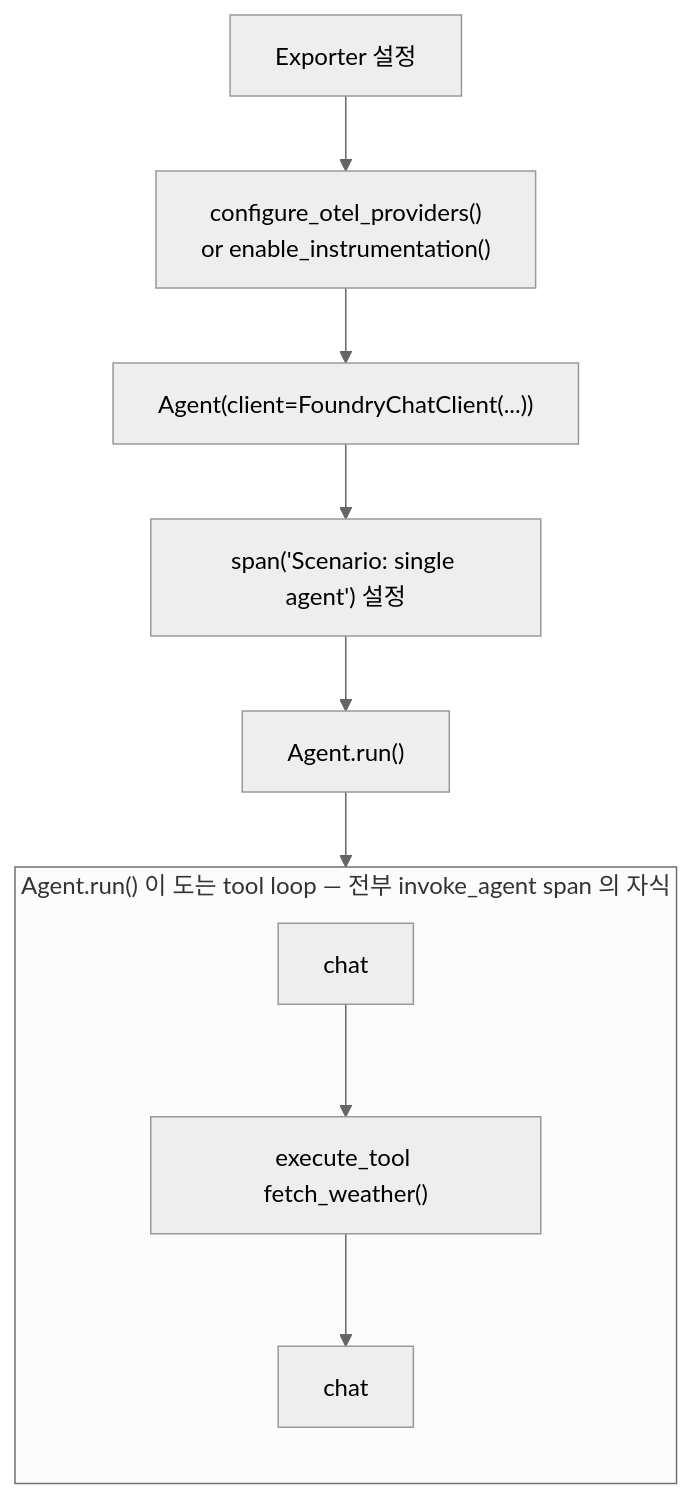
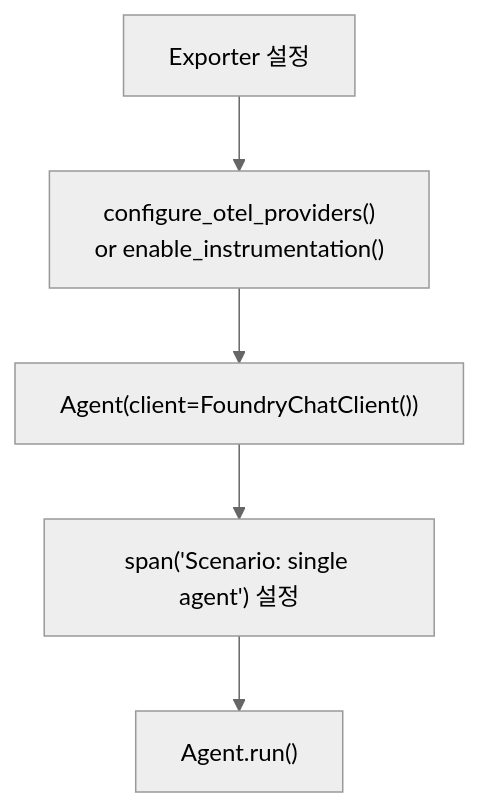
Before and after one commit to ivorycloud1013/lab-azure-hol-ai-services: diagram 16 of 16 in python/README.md, drawn with Mermaid. The commit also changed other lines of this file and 1 other file, not shown here.

````diff
--- a/python/README.md
+++ b/python/README.md
@@ -776,10 +656,5 @@
 ```mermaid
 %%{init: {"theme": "neutral"}}%%
 flowchart TB
-    SETUP["Exporter 설정"] --> INST["configure_otel_providers() </br> or enable_instrumentation()"] --> AG["Agent(client=FoundryChatClient(...))"] --> ROOT["span('Scenario: single agent') 설정"] --> RUN["Agent.run()"]
-    subgraph LOOP["Agent.run() 이 도는 tool loop — 전부 invoke_agent span 의 자식"]
-        direction TB
-        CH1["chat"] --> T["execute_tool fetch_weather()"] --> CH2["chat"]
-    end
-    RUN --> CH1
+    SETUP["Exporter 설정"] --> INST["configure_otel_providers() </br> or enable_instrumentation()"] --> AG["Agent(client=FoundryChatClient())"] --> ROOT["span('Scenario: single agent') 설정"] --> RUN["Agent.run()"]
 ```
````
